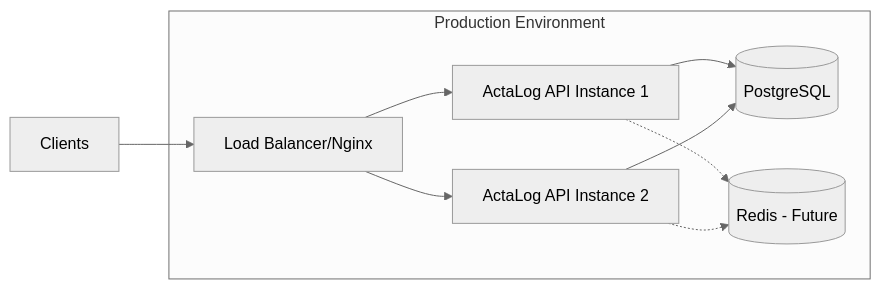
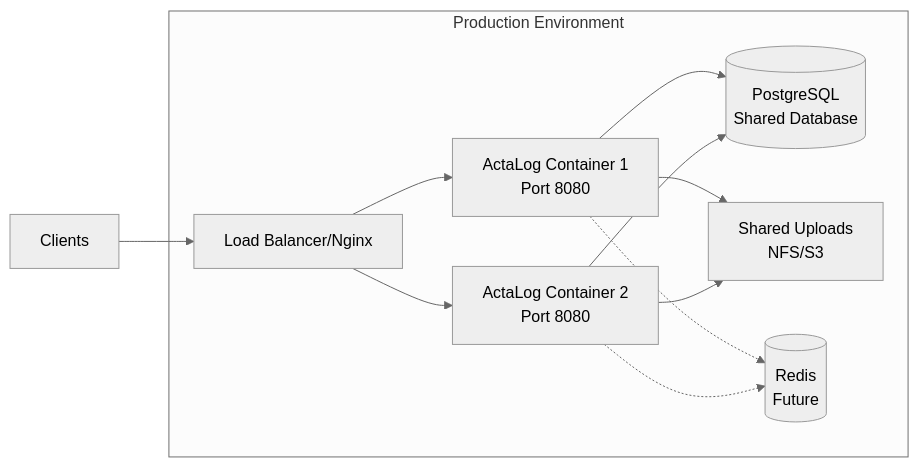
The seventh of 7 diagrams in docs/ARCHITECTURE.md (johnzastrow/actalog), drawn with Mermaid (neutral theme) before and after one commit. The commit also changed other lines of this file and 7 other files, not shown here.

````diff
--- a/docs/ARCHITECTURE.md
+++ b/docs/ARCHITECTURE.md
@@ -710,18 +770,21 @@
 ```mermaid
 graph LR
     subgraph "Production Environment"
         LB[Load Balancer/Nginx]
-        API1[ActaLog API Instance 1]
-        API2[ActaLog API Instance 2]
-        DB[(PostgreSQL)]
-        Cache[(Redis - Future)]
+        App1[ActaLog Container 1<br>Port 8080]
+        App2[ActaLog Container 2<br>Port 8080]
+        DB[(PostgreSQL<br>Shared Database)]
+        Uploads[Shared Uploads<br>NFS/S3]
+        Cache[(Redis<br>Future)]
     end
 
     Client[Clients] --> LB
-    LB --> API1
-    LB --> API2
-    API1 --> DB
-    API2 --> DB
-    API1 -.-> Cache
-    API2 -.-> Cache
+    LB --> App1
+    LB --> App2
+    App1 --> DB
+    App2 --> DB
+    App1 --> Uploads
+    App2 --> Uploads
+    App1 -.-> Cache
+    App2 -.-> Cache
 ```
````
